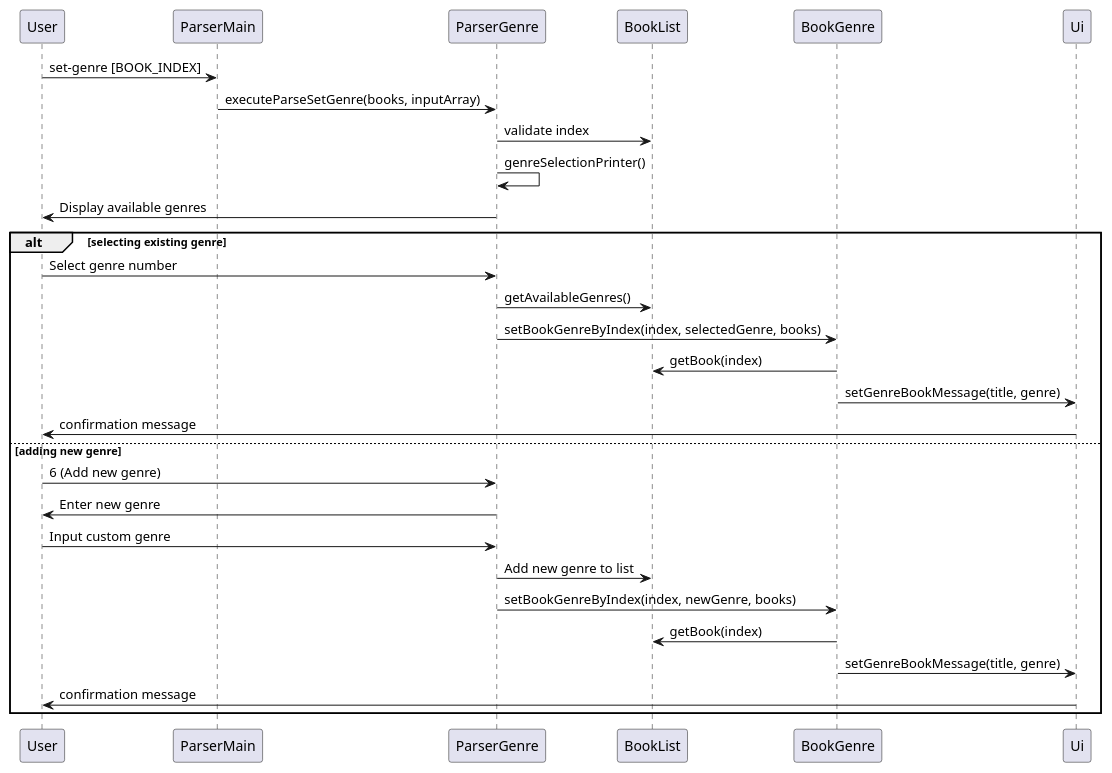
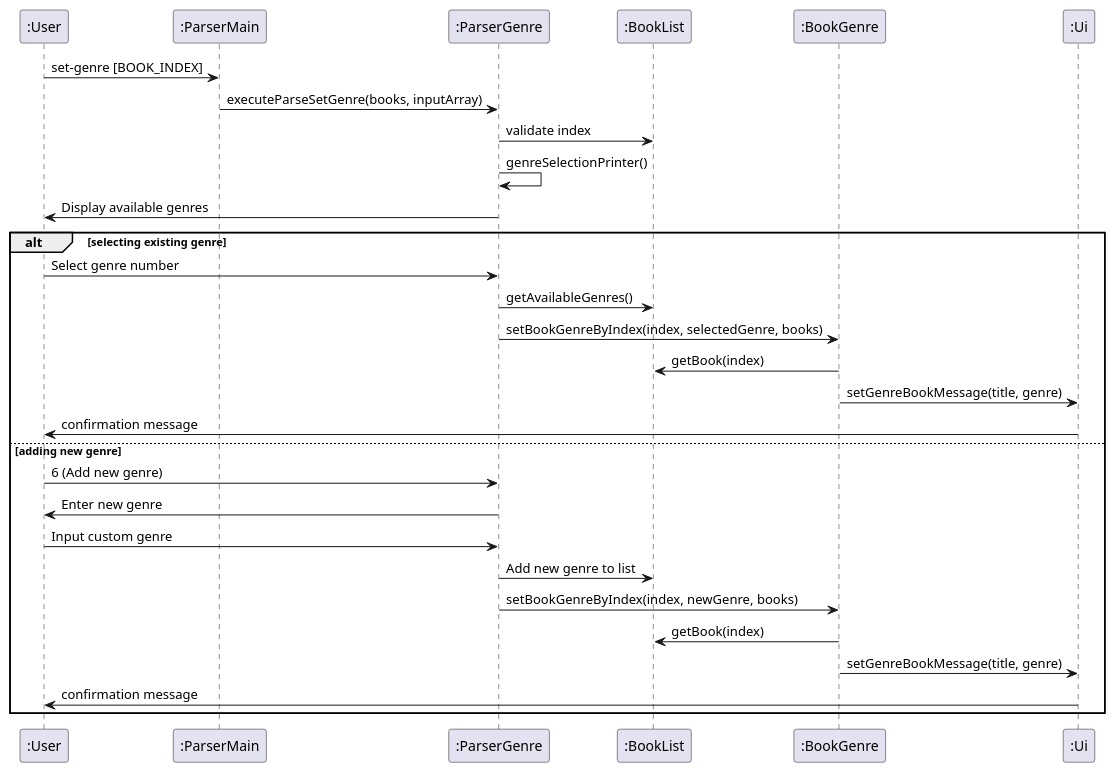
One commit to AY2324S2-CS2113-F15-4/tp changed the diagram in docs/UML_Files/SetGenreSequenceDiagram.puml. Above: the diagram before and after it, drawn with PlantUML. The commit also changed other lines of this file, not shown here.

Commit message:
Bug fix -
DG Review By TA (Jai): Incorrect Notation In Sequence Diagram #108
Missing colons in the instance name

```diff
--- a/docs/UML_Files/SetGenreSequenceDiagram.puml
+++ b/docs/UML_Files/SetGenreSequenceDiagram.puml
@@ -3,33 +3,33 @@
 @startuml
-participant User
-participant "ParserMain" as ParserMain
-participant "ParserGenre" as ParserGenre
-participant "BookList" as BookList
-participant "BookGenre" as BookGenre
-participant "Ui" as Ui
+participant ":User" as User
+participant ":ParserMain" as ParserMain
+participant ":ParserGenre" as ParserGenre
+participant ":BookList" as BookList
+participant ":BookGenre" as BookGenre
+participant ":Ui" as Ui
 
 User -> ParserMain : set-genre [BOOK_INDEX]
 ParserMain -> ParserGenre : executeParseSetGenre(books, inputArray)
 ParserGenre -> BookList : validate index
 ParserGenre -> ParserGenre : genreSelectionPrinter()
 ParserGenre -> User : Display available genres
 
 alt selecting existing genre
     User -> ParserGenre : Select genre number
     ParserGenre -> BookList : getAvailableGenres()
     ParserGenre -> BookGenre : setBookGenreByIndex(index, selectedGenre, books)
     BookGenre -> BookList : getBook(index)
     BookGenre -> Ui : setGenreBookMessage(title, genre)
     Ui -> User : confirmation message
 else adding new genre
     User -> ParserGenre : 6 (Add new genre)
     ParserGenre -> User : Enter new genre
     User -> ParserGenre : Input custom genre
     ParserGenre -> BookList : Add new genre to list
     ParserGenre -> BookGenre : setBookGenreByIndex(index, newGenre, books)
     BookGenre -> BookList : getBook(index)
     BookGenre -> Ui : setGenreBookMessage(title, genre)
     Ui -> User : confirmation message
 end
 
 @enduml
```
